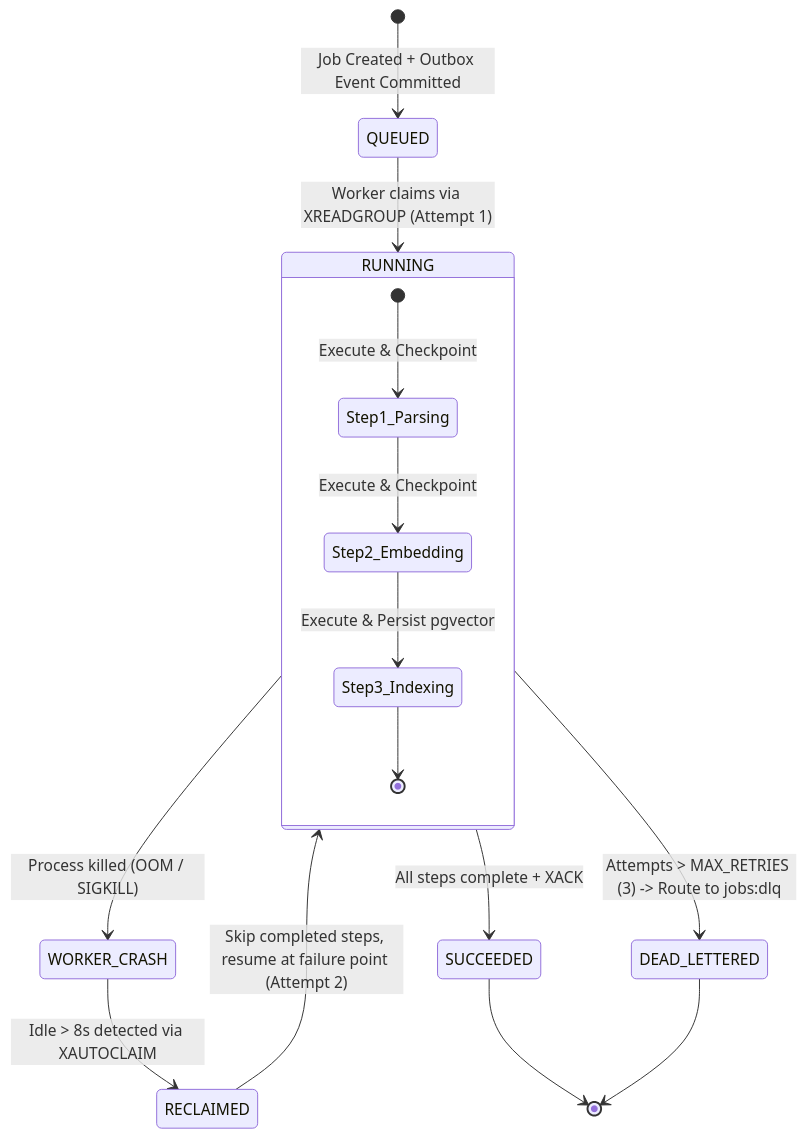
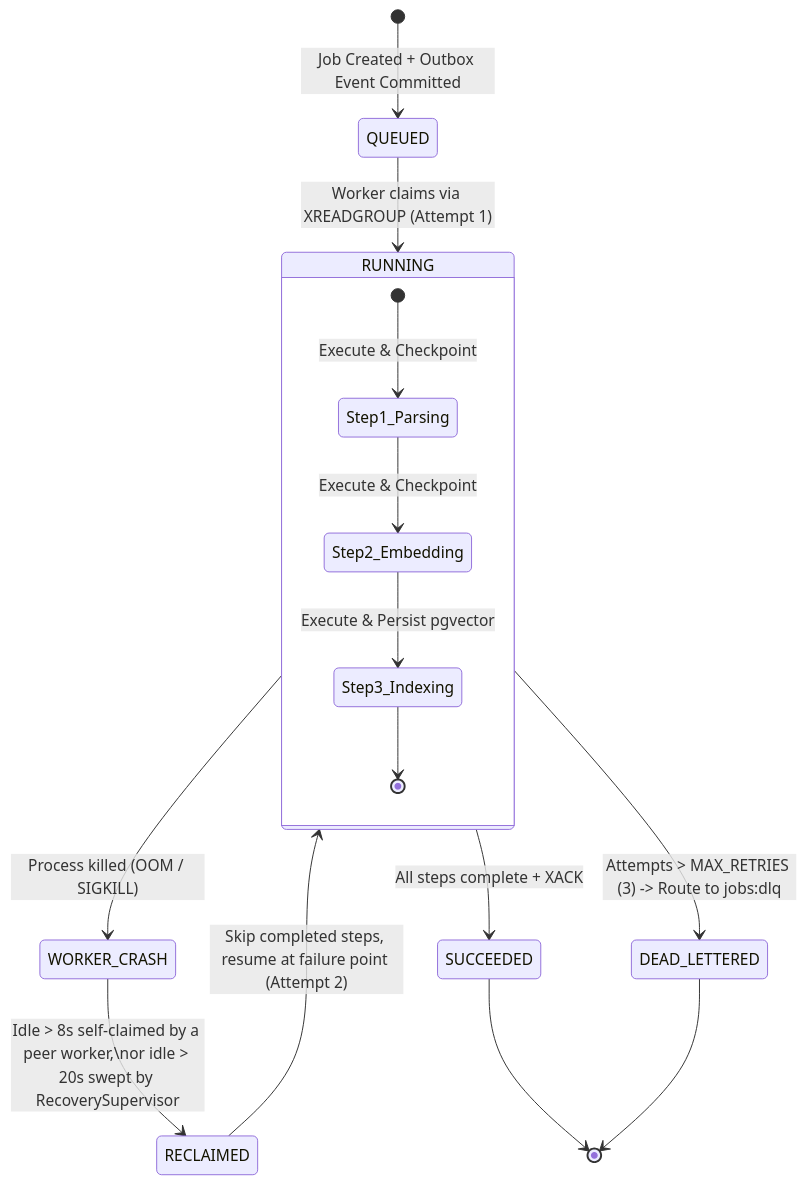
One commit to Vipash/genai-execution-engine changed the second of 2 diagrams in README.md. Above: the diagram before and after it, drawn with Mermaid. The commit also changed other lines of this file and 2 other files, not shown here.

````diff
--- a/README.md
+++ b/README.md
@@ -74,22 +80,22 @@
 ```mermaid
 stateDiagram-v2
     [*] --> QUEUED: Job Created + Outbox Event Committed
     QUEUED --> RUNNING: Worker claims via XREADGROUP (Attempt 1)
 
     state RUNNING {
         [*] --> Step1_Parsing: Execute & Checkpoint
         Step1_Parsing --> Step2_Embedding: Execute & Checkpoint
         Step2_Embedding --> Step3_Indexing: Execute & Persist pgvector
         Step3_Indexing --> [*]
     }
 
     RUNNING --> WORKER_CRASH: Process killed (OOM / SIGKILL)
-    WORKER_CRASH --> RECLAIMED: Idle > 8s detected via XAUTOCLAIM
+    WORKER_CRASH --> RECLAIMED: Idle > 8s self-claimed by a peer worker,\nor idle > 20s swept by RecoverySupervisor
     RECLAIMED --> RUNNING: Skip completed steps, resume at failure point (Attempt 2)
 
     RUNNING --> SUCCEEDED: All steps complete + XACK
     RUNNING --> DEAD_LETTERED: Attempts > MAX_RETRIES (3) -> Route to jobs:dlq
 
     SUCCEEDED --> [*]
     DEAD_LETTERED --> [*]
 ```
````
